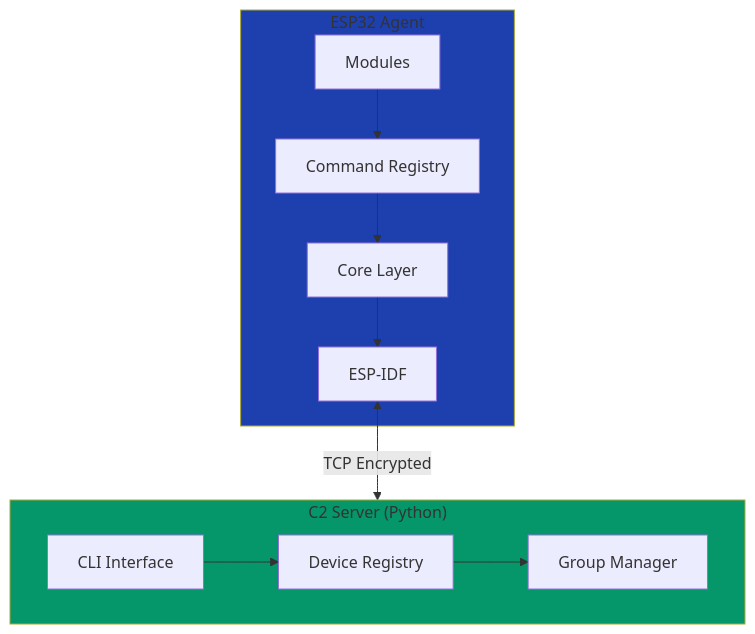
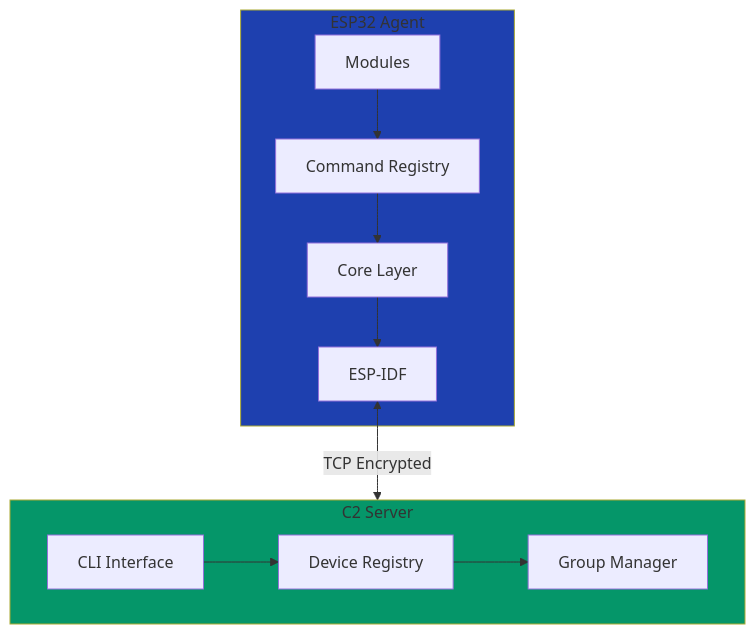
The diagram in docs/index.md (Espilon-Net/espilon-docs), drawn with Mermaid before and after one commit. The commit also changed other lines of this file and 12 other files, not shown here.

````diff
--- a/docs/index.md
+++ b/docs/index.md
@@ -101,26 +101,26 @@
 ```mermaid
 graph TB
-    subgraph ESP32["ESP32 Agent"]
+    subgraph ESP32[ESP32 Agent]
         M[Modules]
         C[Command Registry]
         CR[Core Layer]
         E[ESP-IDF]
     end
 
-    subgraph C2["C2 Server (Python)"]
+    subgraph C2Server[C2 Server]
         CLI[CLI Interface]
         DR[Device Registry]
         GM[Group Manager]
     end
 
     M --> C
     C --> CR
     CR --> E
 
-    E <-->|TCP Encrypted| C2
+    E <-->|TCP Encrypted| C2Server
     CLI --> DR
     DR --> GM
 
     style ESP32 fill:#1e40af
-    style C2 fill:#059669
+    style C2Server fill:#059669
 ```
````
